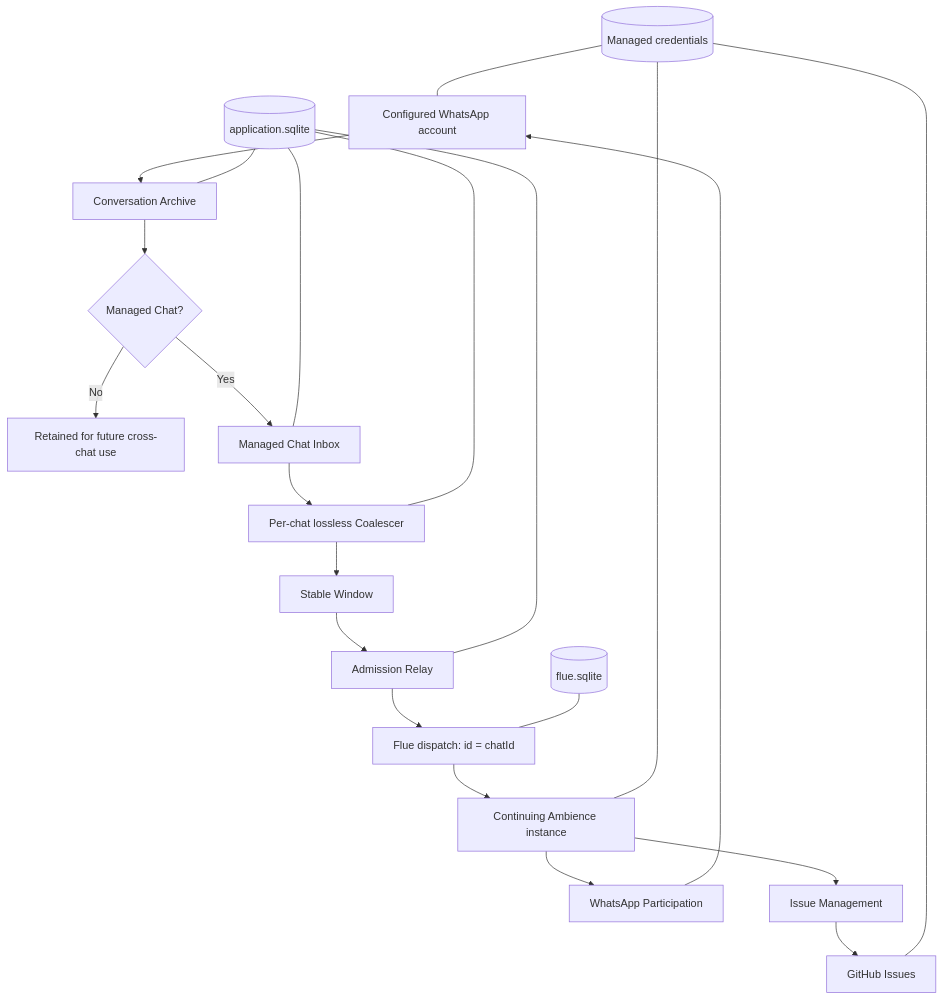
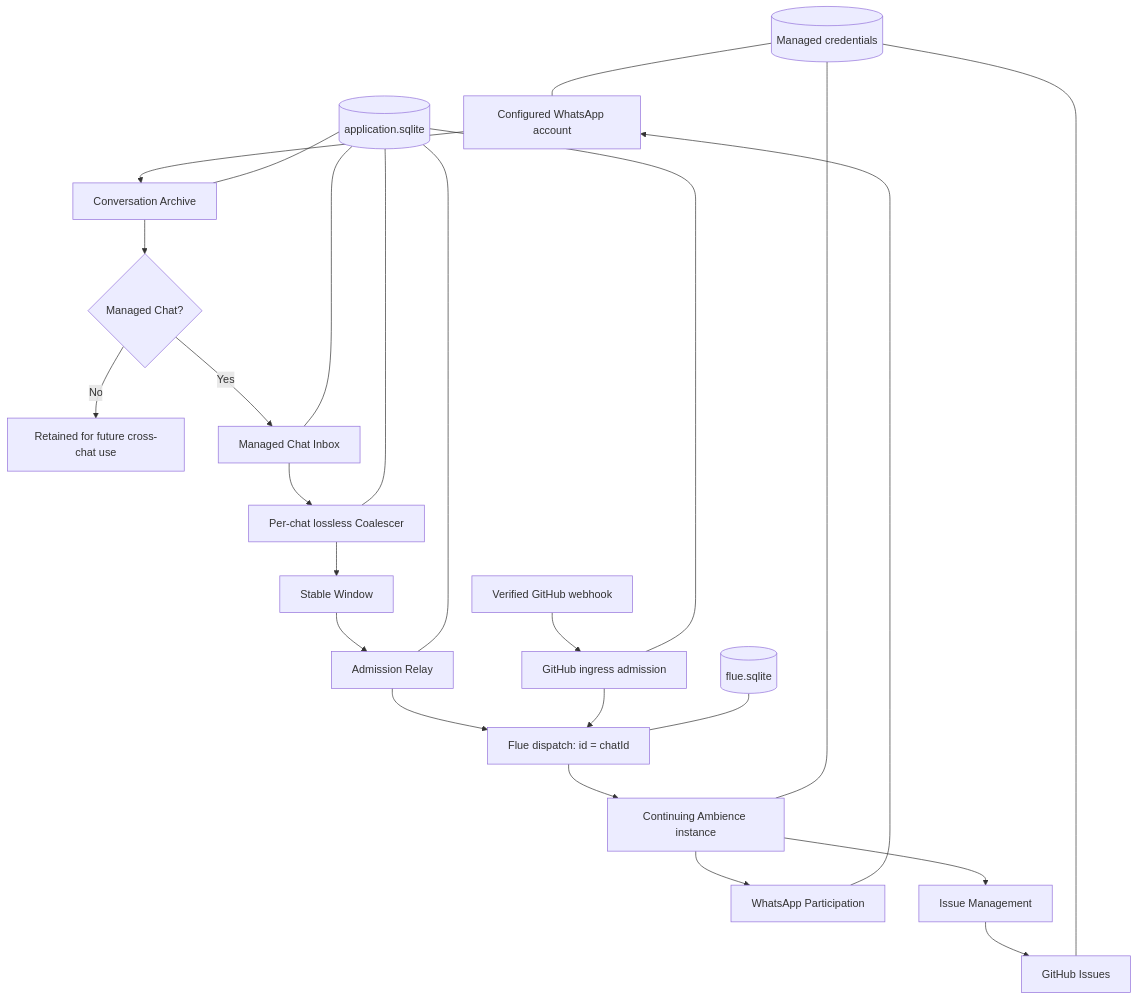
One commit to AaronAbuUsama/ambient-agent changed the diagram in docs/architecture/ambient-agent.md. Above: the diagram before and after it, drawn with Mermaid. The commit also changed other lines of this file and 11 other files, not shown here.

````diff
--- a/docs/architecture/ambient-agent.md
+++ b/docs/architecture/ambient-agent.md
@@ -26,25 +27,28 @@
 ```mermaid
 flowchart TD
     WA["Configured WhatsApp account"] --> ARC["Conversation Archive"]
     ARC --> GATE{"Managed Chat?"}
     GATE -->|No| STORED["Retained for future cross-chat use"]
     GATE -->|Yes| INBOX["Managed Chat Inbox"]
     INBOX --> COAL["Per-chat lossless Coalescer"]
     COAL --> WINDOW["Stable Window"]
     WINDOW --> RELAY["Admission Relay"]
     RELAY --> FLUE["Flue dispatch: id = chatId"]
     FLUE --> AMB["Continuing Ambience instance"]
     AMB --> WACAP["WhatsApp Participation"]
     AMB --> ISSUE["Issue Management"]
     WACAP --> WA
     ISSUE --> GH["GitHub Issues"]
+    GHW["Verified GitHub webhook"] --> GHI["GitHub ingress admission"]
+    GHI --> FLUE
 
     APPDB[("application.sqlite")] --- ARC
     APPDB --- INBOX
     APPDB --- COAL
     APPDB --- RELAY
+    APPDB --- GHI
     FLUEDB[("flue.sqlite")] --- FLUE
     CREDS[("Managed credentials")] --- WA
     CREDS --- GH
     CREDS --- AMB
 ```
````
